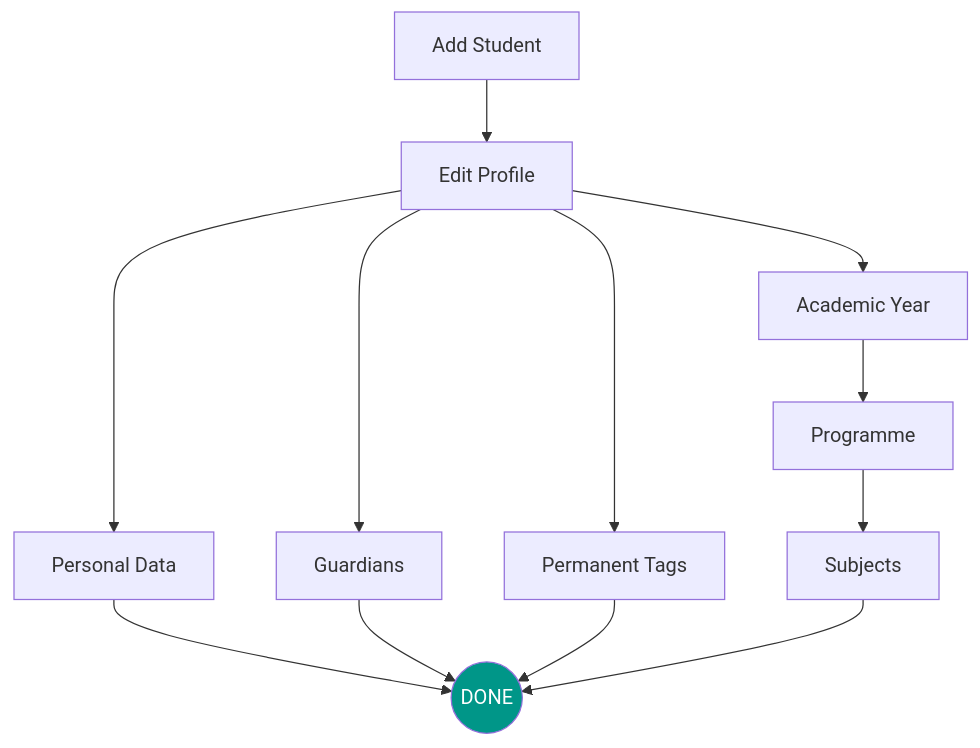
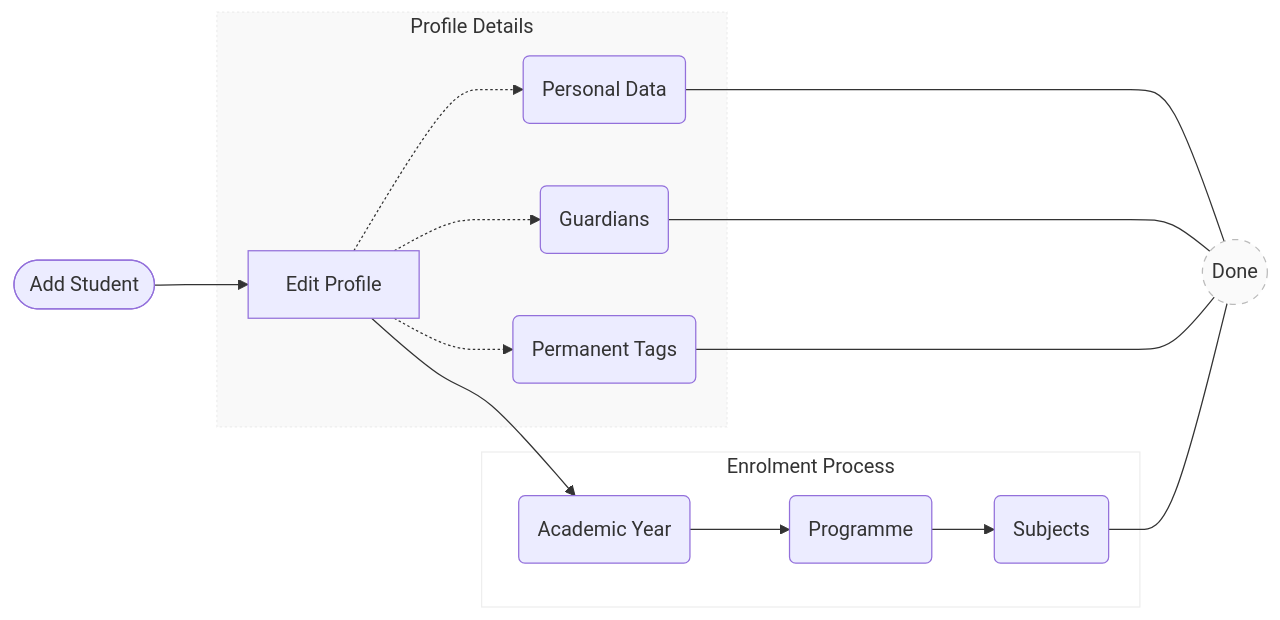
Before and after one commit to pablopenlop/gradewing_guide: the diagram in docs/data-manager/student-setup.md, drawn with Mermaid. The commit also changed other lines of this file, not shown here.

````diff
--- a/docs/data-manager/student-setup.md
+++ b/docs/data-manager/student-setup.md
@@ -5,12 +5,22 @@
 ```mermaid
-graph TD
-    A[Add Student] --> B[Edit Profile]
-    B --> C[Personal Data]
-    B --> D[Guardians]
-    B --> E[Permanent Tags]
-    B --> F[Academic Year]
-    F --> G[Programme]
-    G --> H[Subjects]
-    C & D & E & H --> Z((DONE))
-    style Z fill:#009688,color:#fff
+graph LR
+    A([Add Student]) --> B[Edit Profile]
+    
+    subgraph Setup [Profile Details]
+        B -.-> C(Personal Data)
+        B -.-> D(Guardians)
+        B -.-> E(Permanent Tags)
+    end
+
+    subgraph Enrolment [Enrolment Process]
+        B --> F(Academic Year)
+        F --> G(Programme)
+        G --> H(Subjects)
+    end
+
+    C & D & E & H --- Z((Done))
+    
+    style Z fill:#fafafa,stroke:#bbb,stroke-width:1px,stroke-dasharray: 5 5
+    style Setup fill:#f9f9f9,stroke:#eee,stroke-dasharray: 2 2
+    style Enrolment fill:#fff,stroke:#eee
 ```
````
